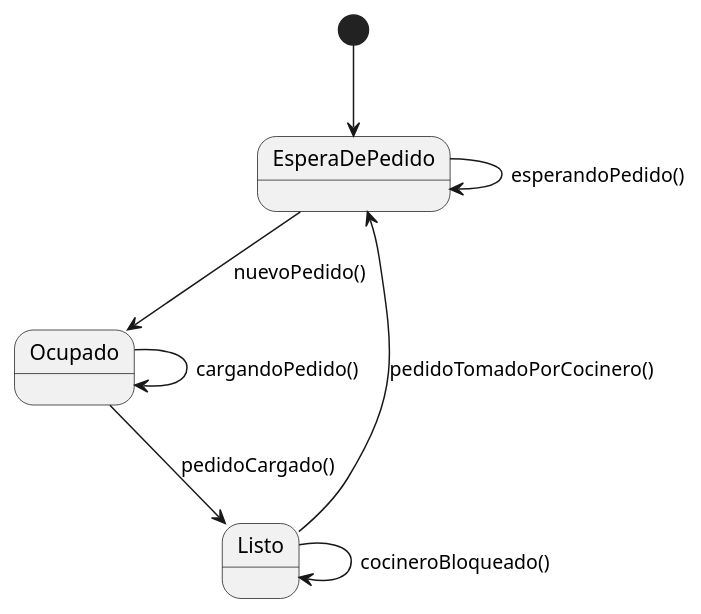
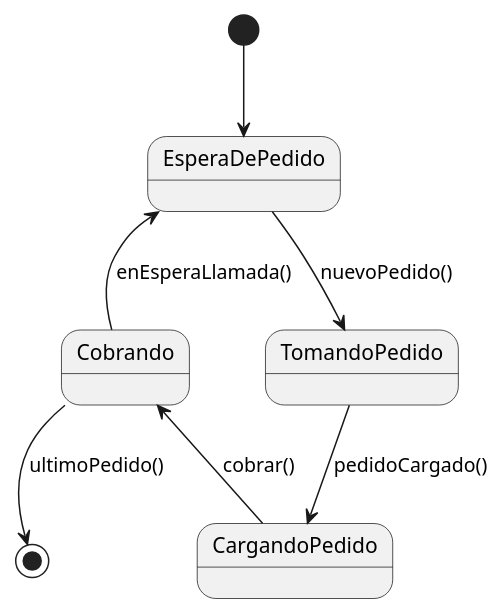
One commit to franciscolmos/PC-Ejercicios changed the diagram in Delivery/UML/encargado.puml. Above: the diagram before and after it, drawn with PlantUML. The commit also changed 3 other files, not shown here.

Commit message:
correcciones en los diagramas de estados

```diff
--- a/Delivery/UML/encargado.puml
+++ b/Delivery/UML/encargado.puml
@@ -1,9 +1,8 @@
 @startuml Encargado
     [*] --> EsperaDePedido
-    EsperaDePedido --> EsperaDePedido : esperandoPedido()
-    EsperaDePedido --> Ocupado : nuevoPedido()
-    Ocupado --> Ocupado : cargandoPedido()
-    Ocupado --> Listo: pedidoCargado()
-    Listo --> Listo : cocineroBloqueado()
-    Listo --> EsperaDePedido : pedidoTomadoPorCocinero()
+    EsperaDePedido --> TomandoPedido : nuevoPedido()
+    TomandoPedido --> CargandoPedido : pedidoCargado()
+    CargandoPedido -up-> Cobrando : cobrar()
+    Cobrando -up-> EsperaDePedido : enEsperaLlamada()
+    Cobrando --> [*] : ultimoPedido()
 @enduml
```
